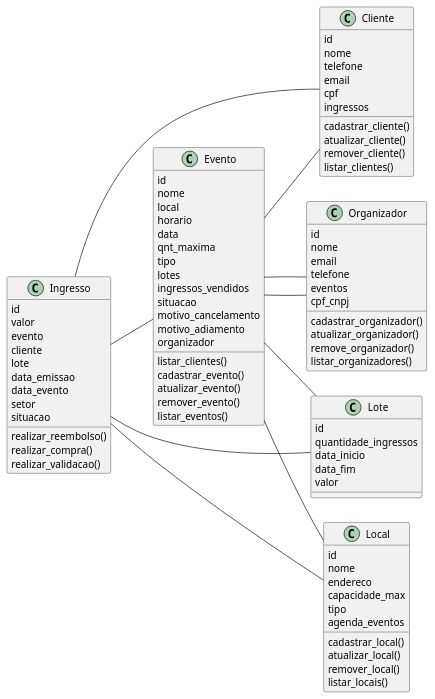
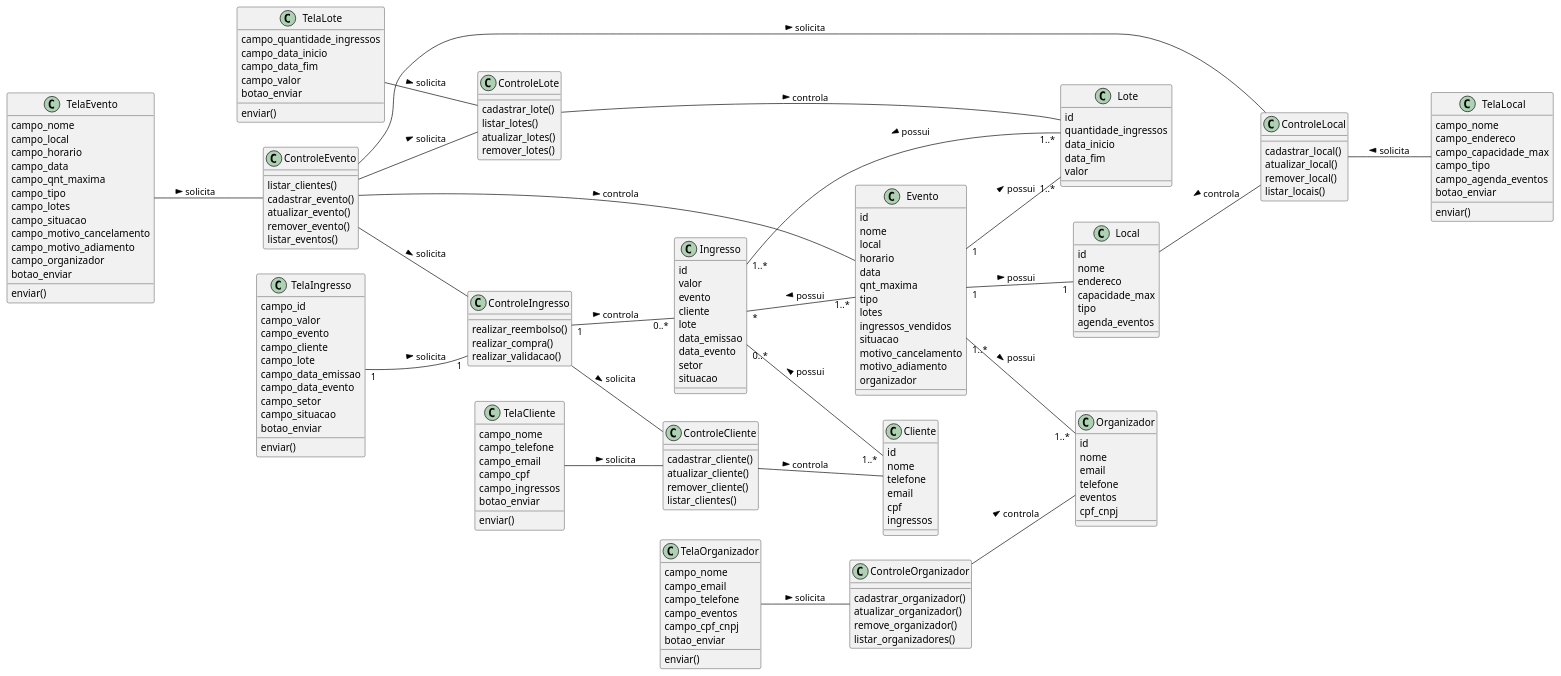
The diagram in ingressos/modelo_classes.iuml (FerdinandChagas/uml_examples), drawn with PlantUML before and after one commit.

Commit message:
update model class

```diff
--- a/ingressos/modelo_classes.iuml
+++ b/ingressos/modelo_classes.iuml
@@ -11,6 +11,23 @@
     data_evento
     setor
     situacao
+}
+
+class TelaIngresso{
+    campo_id
+    campo_valor
+    campo_evento
+    campo_cliente
+    campo_lote
+    campo_data_emissao
+    campo_data_evento
+    campo_setor
+    campo_situacao
+    botao_enviar
+    enviar()
+}
+
+class ControleIngresso{
     realizar_reembolso()
     realizar_compra()
     realizar_validacao()
@@ -30,6 +47,26 @@
     motivo_cancelamento
     motivo_adiamento
     organizador
+    
+}
+
+class TelaEvento{
+    campo_nome
+    campo_local
+    campo_horario
+    campo_data
+    campo_qnt_maxima
+    campo_tipo
+    campo_lotes
+    campo_situacao
+    campo_motivo_cancelamento
+    campo_motivo_adiamento
+    campo_organizador
+    botao_enviar
+    enviar()
+}
+
+class ControleEvento{
     listar_clientes()
     cadastrar_evento()
     atualizar_evento()
@@ -45,6 +82,20 @@
     email
     cpf
     ingressos
+ 
+}
+
+class TelaCliente{
+    campo_nome
+    campo_telefone
+    campo_email
+    campo_cpf
+    campo_ingressos
+    botao_enviar
+    enviar()
+}
+
+class ControleCliente{
     cadastrar_cliente()
     atualizar_cliente()
     remover_cliente()
@@ -58,6 +109,19 @@
     telefone
     eventos
     cpf_cnpj
+}
+
+class TelaOrganizador{
+    campo_nome
+    campo_email
+    campo_telefone
+    campo_eventos
+    campo_cpf_cnpj
+    botao_enviar
+    enviar()
+}
+
+class ControleOrganizador{
     cadastrar_organizador()
     atualizar_organizador()
     remove_organizador()
@@ -72,6 +136,22 @@
     valor
 }
 
+class TelaLote{
+    campo_quantidade_ingressos
+    campo_data_inicio
+    campo_data_fim
+    campo_valor
+    botao_enviar
+    enviar()
+}
+
+class ControleLote{
+    cadastrar_lote()
+    listar_lotes()
+    atualizar_lotes()
+    remover_lotes()
+}
+
 class Local{
     id
     nome
@@ -79,25 +159,55 @@
     capacidade_max
     tipo
     agenda_eventos
+}
+
+class TelaLocal{
+    campo_nome
+    campo_endereco
+    campo_capacidade_max
+    campo_tipo
+    campo_agenda_eventos
+    botao_enviar
+    enviar()
+}
+
+class ControleLocal{
     cadastrar_local()
     atualizar_local()
     remover_local()
     listar_locais()
 }
 
-Ingresso -- Evento
-Ingresso -- Cliente
-Ingresso -- Lote
+Ingresso "0..*"--"1..*" Cliente: < possui
+Ingresso "1..*"--"1..*" Lote: < possui
+Ingresso "*"--"1..*" Evento: < possui
 
-Evento -- Cliente
-Evento -- Organizador
-Evento -- Lote
-Evento -- Local 
+Evento "1"--"1" Local: possui >
+Evento "1"--"1..*" Lote: possui >
+Evento "1..*"--"1..*" Organizador: possui >
 
-Organizador -- Evento
+TelaIngresso "1"--"1" ControleIngresso: solicita > 
+ControleIngresso "1"--"0..*" Ingresso: controla >
 
-Local -- Ingresso
+TelaCliente -- ControleCliente: solicita >
+ControleCliente -- Cliente: controla >
 
+TelaLote -- ControleLote: solicita >
+ControleLote -- Lote: controla >
 
+TelaEvento -- ControleEvento: solicita >
+ControleEvento -- Evento: controla >
+
+TelaLocal -up- ControleLocal: solicita >
+ControleLocal -up- Local: controla >
+
+TelaOrganizador -- ControleOrganizador: solicita >
+ControleOrganizador -- Organizador: controla >
+
+ControleEvento -- ControleIngresso: solicita >
+ControleIngresso -- ControleCliente: solicita >
+
+ControleEvento -- ControleLocal: solicita >
+ControleEvento -- ControleLote: solicita >
 
 @enduml
```
